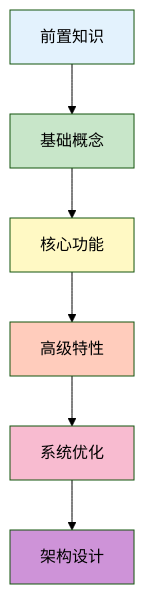
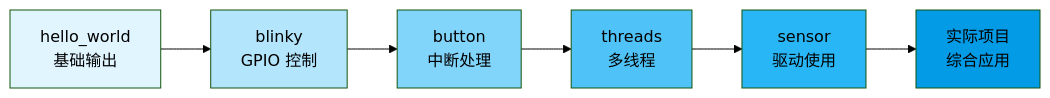
The second of 4 diagrams in docs/learning-principles/index.md (X-Gen-Lab/zephyr-learning-system), drawn with Mermaid (forest theme) before and after one commit. The commit also changed other lines of this file, not shown here.

````diff
--- a/docs/learning-principles/index.md
+++ b/docs/learning-principles/index.md
@@ -81,15 +143,15 @@
 ```mermaid
-graph TD
-    A[前置知识] --> B[基础概念]
-    B --> C[核心功能]
-    C --> D[高级特性]
-    D --> E[系统优化]
-    E --> F[架构设计]
+graph LR
+    A[hello_world<br/>基础输出] --> B[blinky<br/>GPIO 控制]
+    B --> C[button<br/>中断处理]
+    C --> D[threads<br/>多线程]
+    D --> E[sensor<br/>驱动使用]
+    E --> F[实际项目<br/>综合应用]
     
-    style A fill:#e3f2fd
-    style B fill:#c8e6c9
-    style C fill:#fff9c4
-    style D fill:#ffccbc
-    style E fill:#f8bbd0
-    style F fill:#ce93d8
+    style A fill:#e1f5ff
+    style B fill:#b3e5fc
+    style C fill:#81d4fa
+    style D fill:#4fc3f7
+    style E fill:#29b6f6
+    style F fill:#039be5
 ```
````
